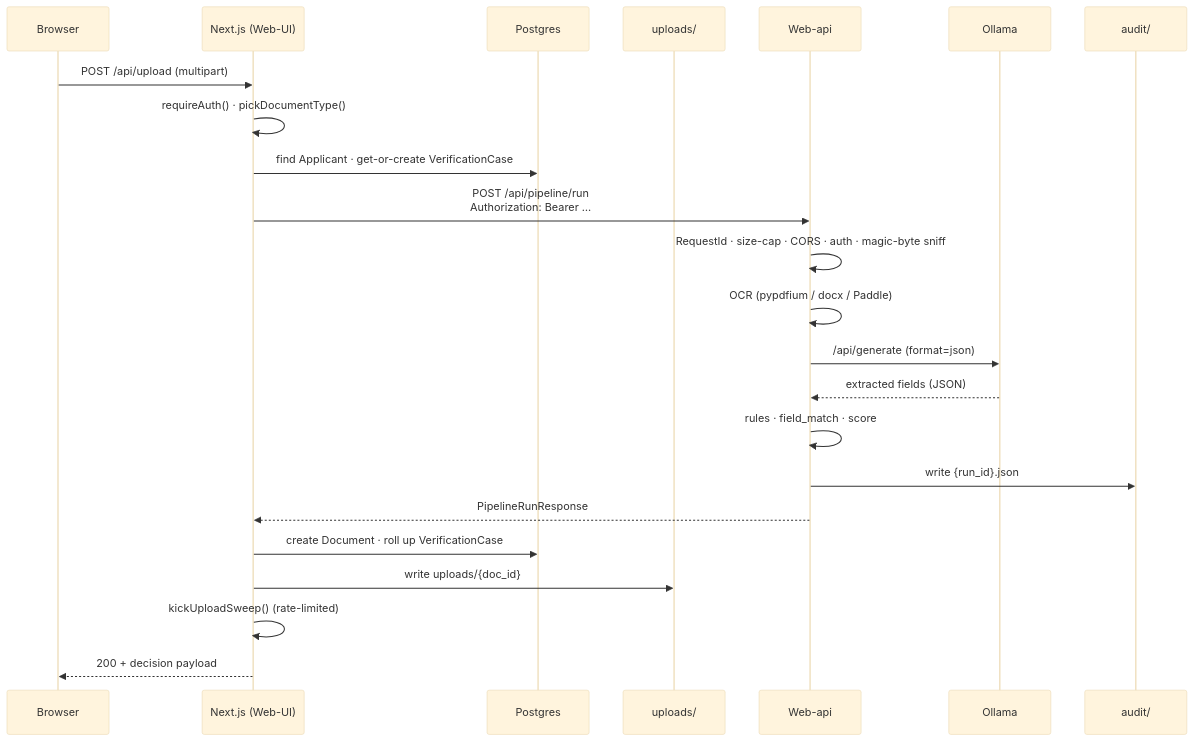
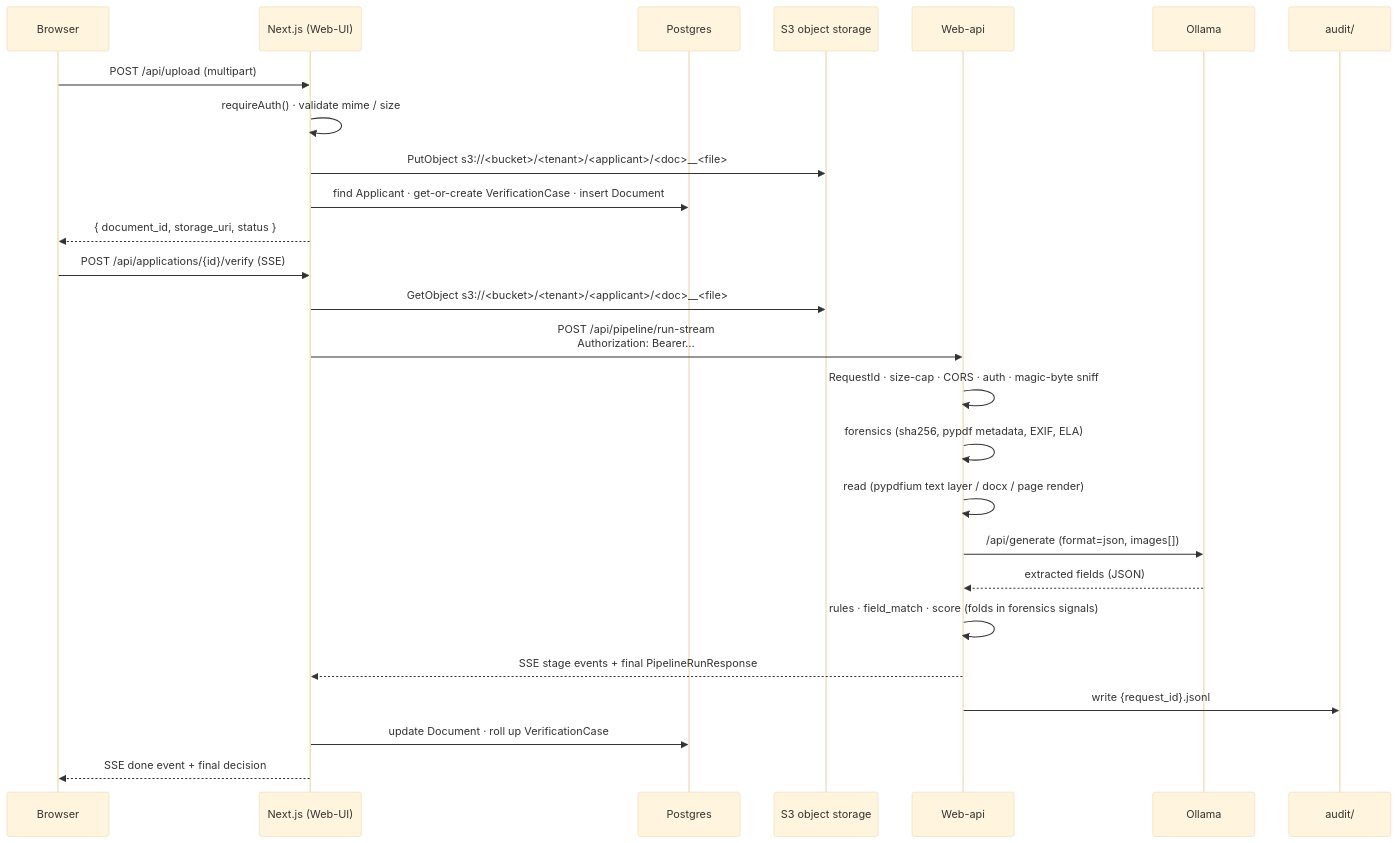
Before and after one commit to Prutech-Solutions-India/HPD_Document_Validation: the second of 6 diagrams in README.md, drawn with Mermaid (base theme). The commit also changed other lines of this file, not shown here.

````diff
--- a/README.md
+++ b/README.md
@@ -41,26 +51,29 @@
 ```mermaid
 sequenceDiagram
   participant B as Browser
   participant UI as Next.js (Web-UI)
   participant DB as Postgres
-  participant FS as uploads/
+  participant S3 as S3 object storage
   participant API as Web-api
   participant LLM as Ollama
   participant AUD as audit/
 
   B->>UI: POST /api/upload (multipart)
-  UI->>UI: requireAuth() · pickDocumentType()
-  UI->>DB: find Applicant · get-or-create VerificationCase
-  UI->>API: POST /api/pipeline/run<br/>Authorization: Bearer …
+  UI->>UI: requireAuth() · validate mime / size
+  UI->>S3: PutObject s3://<bucket>/<tenant>/<applicant>/<doc>__<file>
+  UI->>DB: find Applicant · get-or-create VerificationCase · insert Document
+  UI-->>B: { document_id, storage_uri, status }
+  B->>UI: POST /api/applications/{id}/verify  (SSE)
+  UI->>S3: GetObject s3://<bucket>/<tenant>/<applicant>/<doc>__<file>
+  UI->>API: POST /api/pipeline/run-stream<br/>Authorization: Bearer…
   API->>API: RequestId · size-cap · CORS · auth · magic-byte sniff
-  API->>API: OCR (pypdfium / docx / Paddle)
-  API->>LLM: /api/generate (format=json)
+  API->>API: forensics (sha256, pypdf metadata, EXIF, ELA)
+  API->>API: read (pypdfium text layer / docx / page render)
+  API->>LLM: /api/generate (format=json, images[])
   LLM-->>API: extracted fields (JSON)
-  API->>API: rules · field_match · score
-  API->>AUD: write {run_id}.json
-  API-->>UI: PipelineRunResponse
-  UI->>DB: create Document · roll up VerificationCase
-  UI->>FS: write uploads/{doc_id}
-  UI->>UI: kickUploadSweep() (rate-limited)
-  UI-->>B: 200 + decision payload
+  API->>API: rules · field_match · score (folds in forensics signals)
+  API-->>UI: SSE stage events + final PipelineRunResponse
+  API->>AUD: write {request_id}.jsonl
+  UI->>DB: update Document · roll up VerificationCase
+  UI-->>B: SSE done event + final decision
 ```
````
